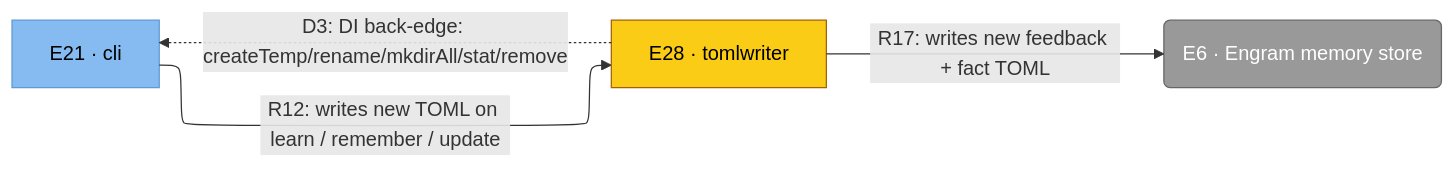
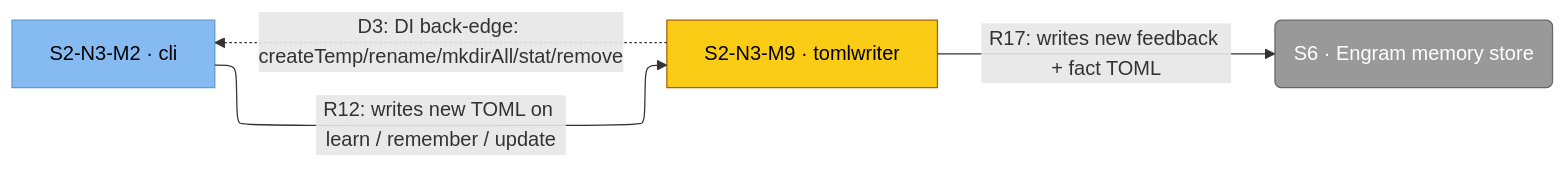
The diagram in architecture/c4/svg/c4-tomlwriter.mmd (toejough/engram), drawn with Mermaid before and after one commit. The commit also changed 41 other files, not shown here.

```diff
--- a/architecture/c4/svg/c4-tomlwriter.mmd
+++ b/architecture/c4/svg/c4-tomlwriter.mmd
@@ -1,19 +1,19 @@
 %%{init: {'flowchart': {'defaultRenderer': 'elk'}}}%%
 flowchart LR
     classDef person      fill:#08427b,stroke:#052e56,color:#fff
     classDef external    fill:#999,   stroke:#666,   color:#fff
     classDef container   fill:#1168bd,stroke:#0b4884,color:#fff
     classDef component   fill:#85bbf0,stroke:#5d9bd1,color:#000
     classDef focus       fill:#facc15,stroke:#a16207,color:#000
 
-    e28["E28 · tomlwriter"]
-    e21["E21 · cli"]
-    e6("E6 · Engram memory store")
+    s2-n3-m9["S2-N3-M9 · tomlwriter"]
+    s2-n3-m2["S2-N3-M2 · cli"]
+    s6("S6 · Engram memory store")
 
-    e21 -->|"R12: writes new TOML on learn / remember / update"| e28
-    e28 -->|"R17: writes new feedback + fact TOML"| e6
-    e28 -.->|"D3: DI back-edge: createTemp/rename/mkdirAll/stat/remove"| e21
+    s2-n3-m2 -->|"R12: writes new TOML on learn / remember / update"| s2-n3-m9
+    s2-n3-m9 -->|"R17: writes new feedback + fact TOML"| s6
+    s2-n3-m9 -.->|"D3: DI back-edge: createTemp/rename/mkdirAll/stat/remove"| s2-n3-m2
 
-    class e6 external
-    class e21 component
-    class e28 focus
+    class s6 external
+    class s2-n3-m2 component
+    class s2-n3-m9 focus
```
